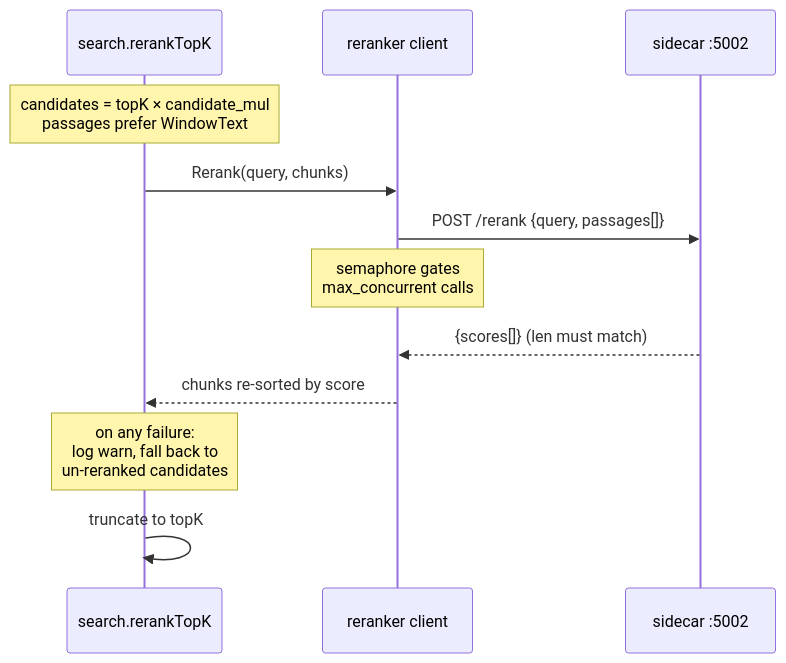
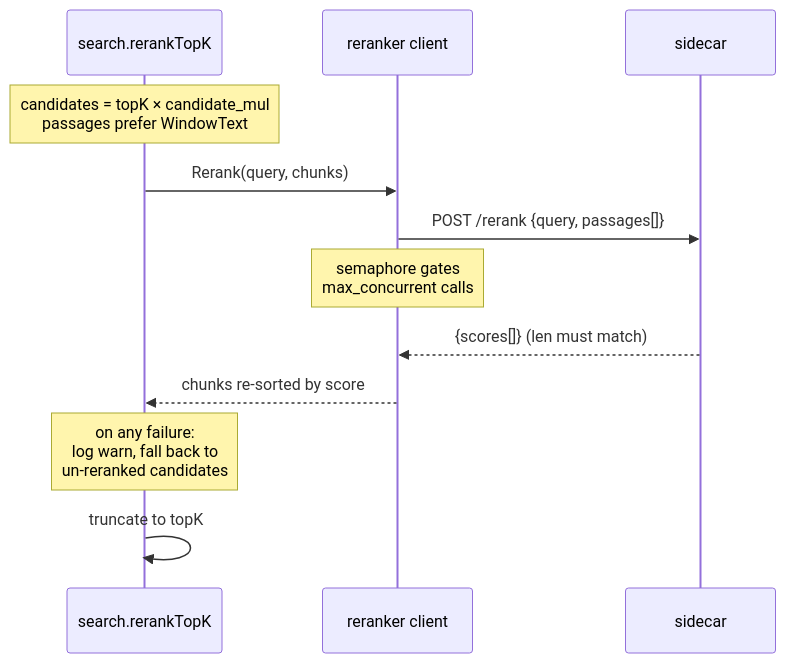
One commit to Chandra179/atlas changed the fifth of 12 diagrams in blog/astro/src/content/docs/nadir.md. Above: the diagram before and after it, drawn with Mermaid. The commit also changed other lines of this file and 2 other files, not shown here.

````diff
--- a/blog/astro/src/content/docs/nadir.md
+++ b/blog/astro/src/content/docs/nadir.md
@@ -399,15 +364,15 @@
 ```mermaid
 sequenceDiagram
     participant S as search.rerankTopK
     participant R as reranker client
-    participant SC as sidecar :5002
+    participant SC as sidecar
 
     Note over S: candidates = topK × candidate_mul<br/>passages prefer WindowText
     S->>R: Rerank(query, chunks)
     R->>SC: POST /rerank {query, passages[]}
     Note over R: semaphore gates<br/>max_concurrent calls
     SC-->>R: {scores[]} (len must match)
     R-->>S: chunks re-sorted by score
     Note over S: on any failure:<br/>log warn, fall back to<br/>un-reranked candidates
     S->>S: truncate to topK
 ```
````
